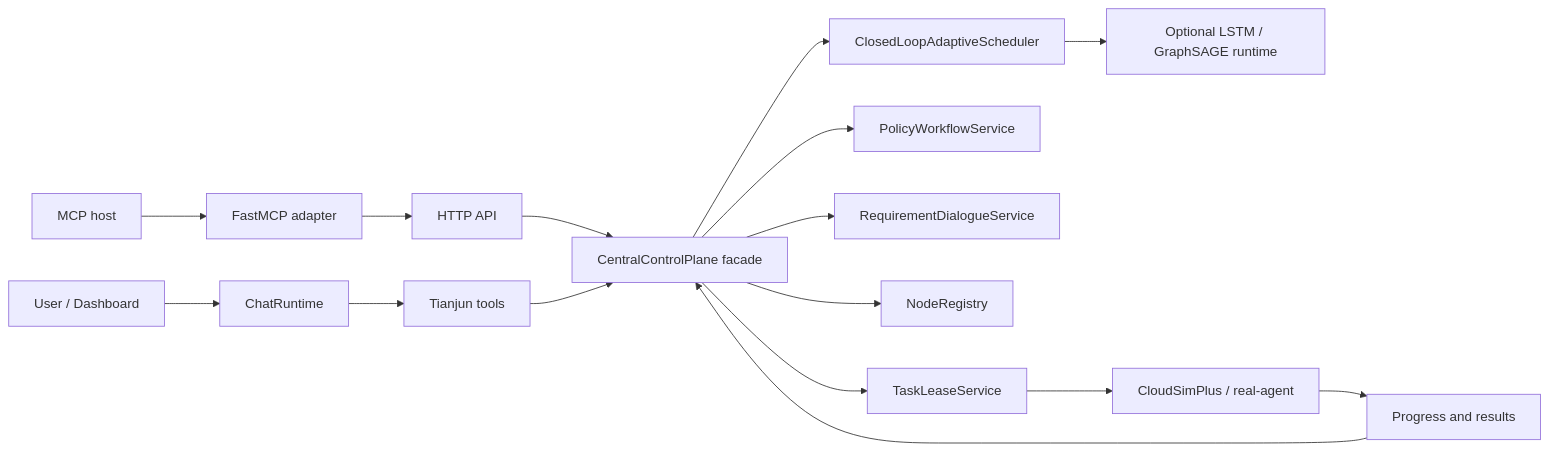
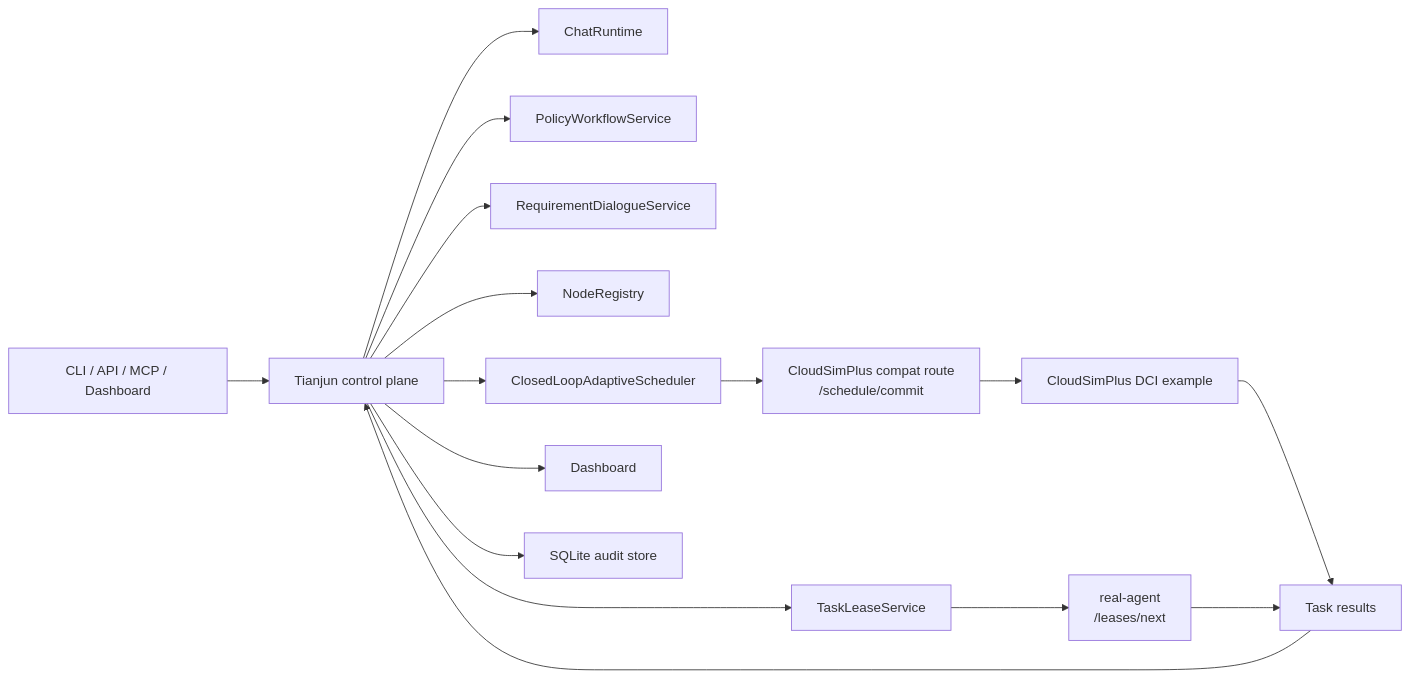
Before and after one commit to tianguantg/Tianjun-Engine: the diagram in README.md, drawn with Mermaid. The commit also changed other lines of this file and 8 other files, not shown here.

````diff
--- a/README.md
+++ b/README.md
@@ -153,18 +154,18 @@
 ```mermaid
 flowchart LR
-    User["User / Dashboard"] --> Chat["ChatRuntime"]
-    MCP["MCP host"] --> MCPServer["FastMCP adapter"]
-    Chat --> Tools["Tianjun tools"]
-    MCPServer --> HTTP["HTTP API"]
-    HTTP --> CP["CentralControlPlane facade"]
-    Tools --> CP
-    CP --> Scheduler["ClosedLoopAdaptiveScheduler"]
+    CLI["CLI / API / MCP / Dashboard"] --> CP["Tianjun control plane"]
+    CP --> Chat["ChatRuntime"]
     CP --> Policy["PolicyWorkflowService"]
     CP --> Requirements["RequirementDialogueService"]
     CP --> Nodes["NodeRegistry"]
+    CP --> Scheduler["ClosedLoopAdaptiveScheduler"]
+    Scheduler --> Compat["CloudSimPlus compat route<br/>/schedule/commit"]
+    Compat --> CloudSim["CloudSimPlus DCI example"]
     CP --> Leases["TaskLeaseService"]
-    Scheduler --> ML["Optional LSTM / GraphSAGE runtime"]
-    Leases --> Agents["CloudSimPlus / real-agent"]
-    Agents --> Results["Progress and results"]
+    Leases --> Agent["real-agent<br/>/leases/next"]
+    CloudSim --> Results["Task results"]
+    Agent --> Results
     Results --> CP
+    CP --> Dash["Dashboard"]
+    CP --> Store["SQLite audit store"]
 ```
````
